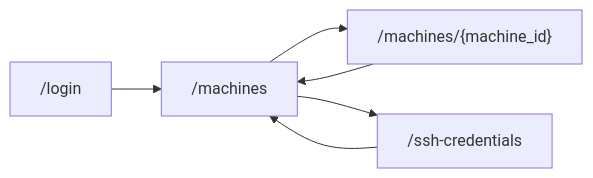
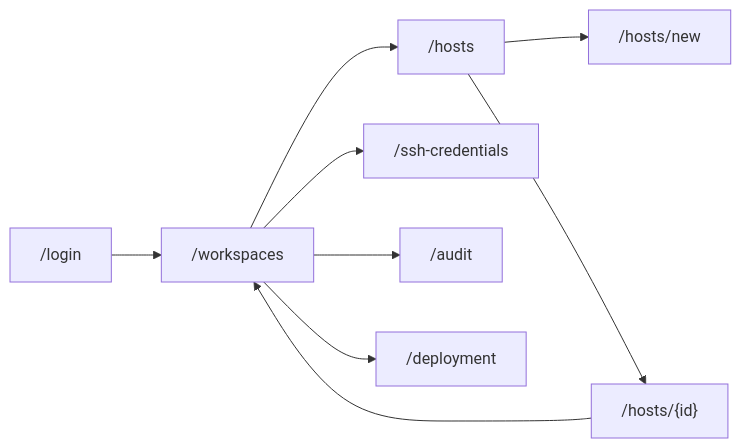
Before and after one commit to Wh1isper/cloud-ssh: the fourth of 4 diagrams in spec/07-http-websocket-and-product-ui.md, drawn with Mermaid. The commit also changed other lines of this file and 36 other files, not shown here.

````diff
--- a/spec/07-http-websocket-and-product-ui.md
+++ b/spec/07-http-websocket-and-product-ui.md
@@ -260,8 +271,11 @@
 ```mermaid
 flowchart LR
-    Login["/login"] --> Machines["/machines"]
-    Machines --> Machine["/machines/{machine_id}"]
-    Machines --> Credentials["/ssh-credentials"]
-    Machine --> Machines
-    Credentials --> Machines
+    Login["/login"] --> Workspaces["/workspaces"]
+    Workspaces --> Hosts["/hosts"]
+    Hosts --> NewHost["/hosts/new"]
+    Hosts --> Host["/hosts/{id}"]
+    Host --> Workspaces
+    Workspaces --> Credentials["/ssh-credentials"]
+    Workspaces --> Audit["/audit"]
+    Workspaces --> Deployment["/deployment"]
 ```
````
